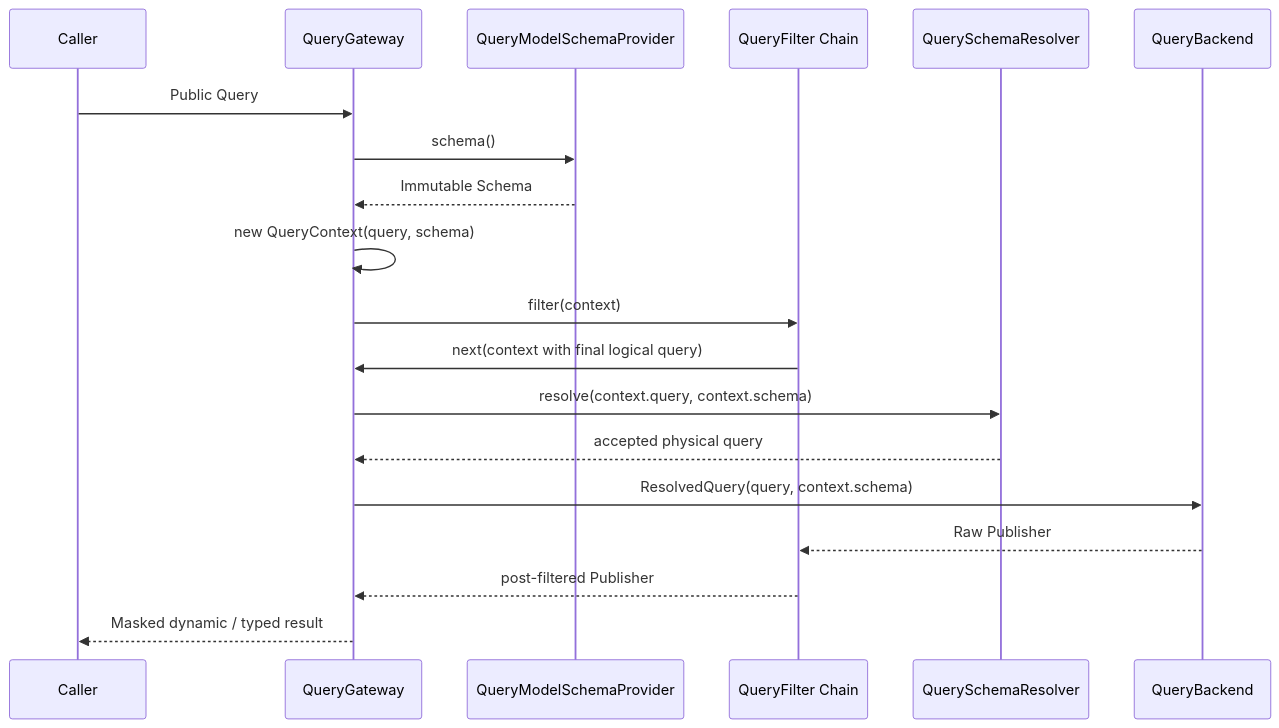
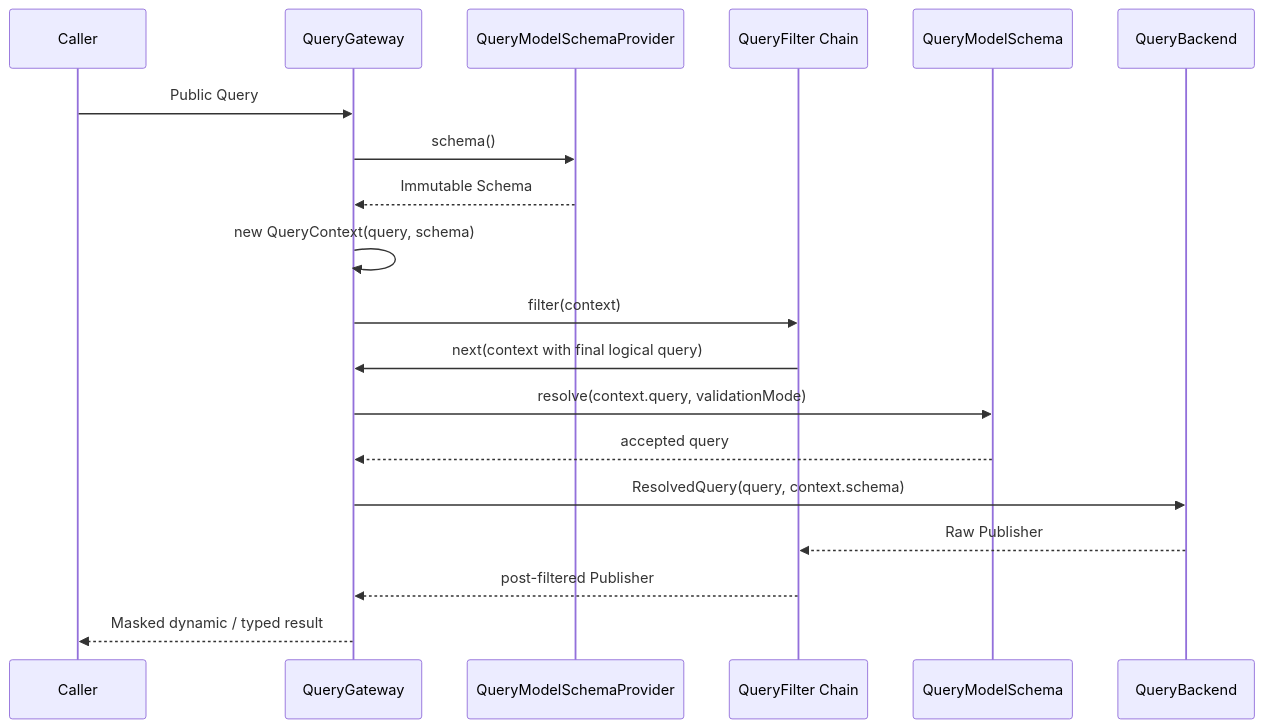
Before and after one commit to Ahoo-Wang/Wow: the second of 2 diagrams in documentation/docs/zh/guide/query/query-gateway-resolved-query-design.md, drawn with Mermaid. The commit also changed other lines of this file, not shown here.

Commit message:
docs(query): clarify schema model ownership

````diff
--- a/documentation/docs/zh/guide/query/query-gateway-resolved-query-design.md
+++ b/documentation/docs/zh/guide/query/query-gateway-resolved-query-design.md
@@ -124,22 +158,22 @@
 ```mermaid
 sequenceDiagram
     participant Caller
     participant Gateway as QueryGateway
     participant Provider as QueryModelSchemaProvider
     participant Filters as QueryFilter Chain
-    participant Resolver as QuerySchemaResolver
+    participant Schema as QueryModelSchema
     participant Backend as QueryBackend
 
     Caller->>Gateway: Public Query
     Gateway->>Provider: schema()
     Provider-->>Gateway: Immutable Schema
     Gateway->>Gateway: new QueryContext(query, schema)
     Gateway->>Filters: filter(context)
     Filters->>Gateway: next(context with final logical query)
-    Gateway->>Resolver: resolve(context.query, context.schema)
-    Resolver-->>Gateway: accepted physical query
+    Gateway->>Schema: resolve(context.query, validationMode)
+    Schema-->>Gateway: accepted query
     Gateway->>Backend: ResolvedQuery(query, context.schema)
     Backend-->>Filters: Raw Publisher
     Filters-->>Gateway: post-filtered Publisher
     Gateway-->>Caller: Masked dynamic / typed result
 ```
````
